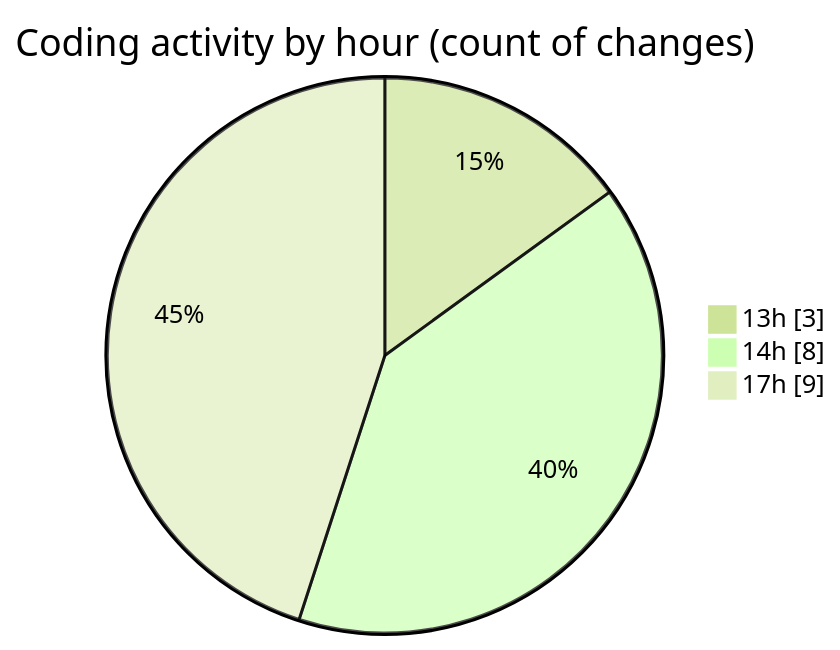
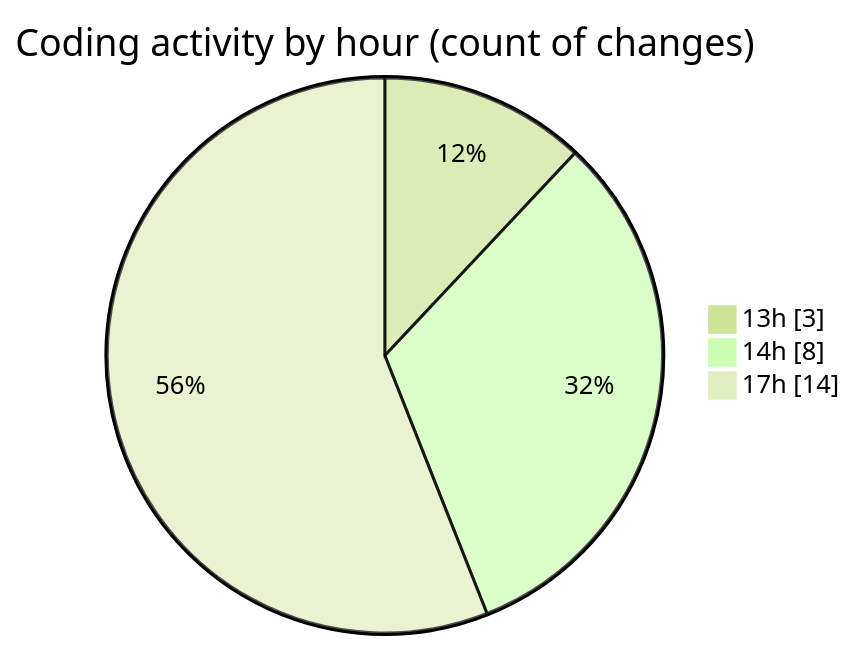
Before and after one commit to NitaiMahat/code-tracking: the second of 2 diagrams in 2025-02-04/recipe-page-main/README.md, drawn with Mermaid (forest theme). The commit also changed other lines of this file and 1 other file, not shown here.

````diff
--- a/2025-02-04/recipe-page-main/README.md
+++ b/2025-02-04/recipe-page-main/README.md
@@ -30,7 +30,7 @@
 ```mermaid
 pie showData
 title Coding activity by hour (count of changes)
 "13h" : 3
 "14h" : 8
-"17h" : 9
+"17h" : 14
 ```
````
